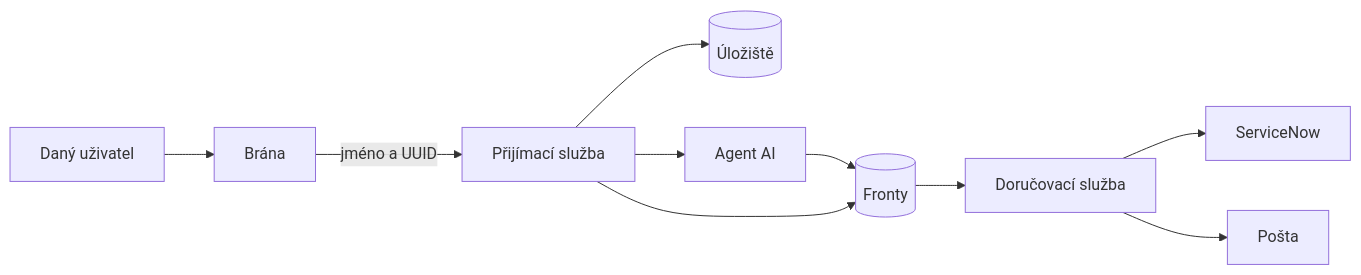
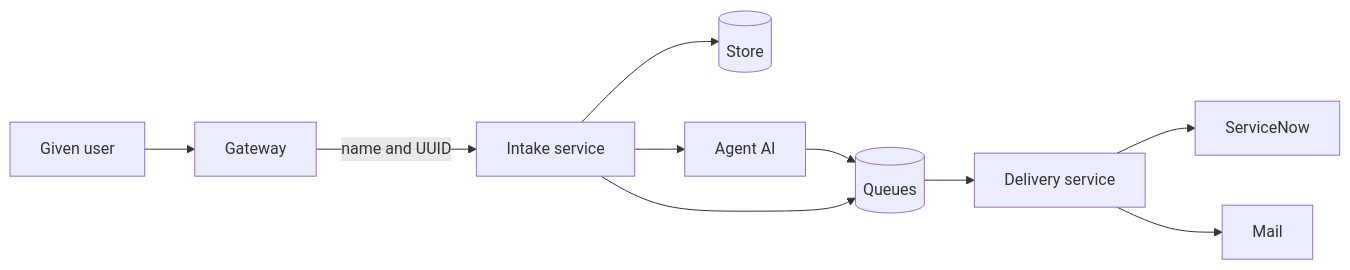
Before and after one commit to matpet00/Demo_project: the first of 5 diagrams in FLOW.md, drawn with Mermaid. The commit also changed other lines of this file, not shown here.

First line of the commit message:
Write the flow document in English and show additional_info as an object.

````diff
--- a/FLOW.md
+++ b/FLOW.md
@@ -18,12 +18,12 @@
 ```mermaid
 flowchart LR
-    user[Daný uživatel] --> gate[Brána]
-    gate -->|"jméno a UUID"| intake[Přijímací služba]
-    intake --> store[(Úložiště)]
+    user[Given user] --> gate[Gateway]
+    gate -->|"name and UUID"| intake[Intake service]
+    intake --> store[(Store)]
     intake --> agent[Agent AI]
-    agent --> queues[(Fronty)]
+    agent --> queues[(Queues)]
     intake --> queues
-    queues --> delivery[Doručovací služba]
+    queues --> delivery[Delivery service]
     delivery --> snow[ServiceNow]
-    delivery --> mail[Pošta]
+    delivery --> mail[Mail]
 ```
````
